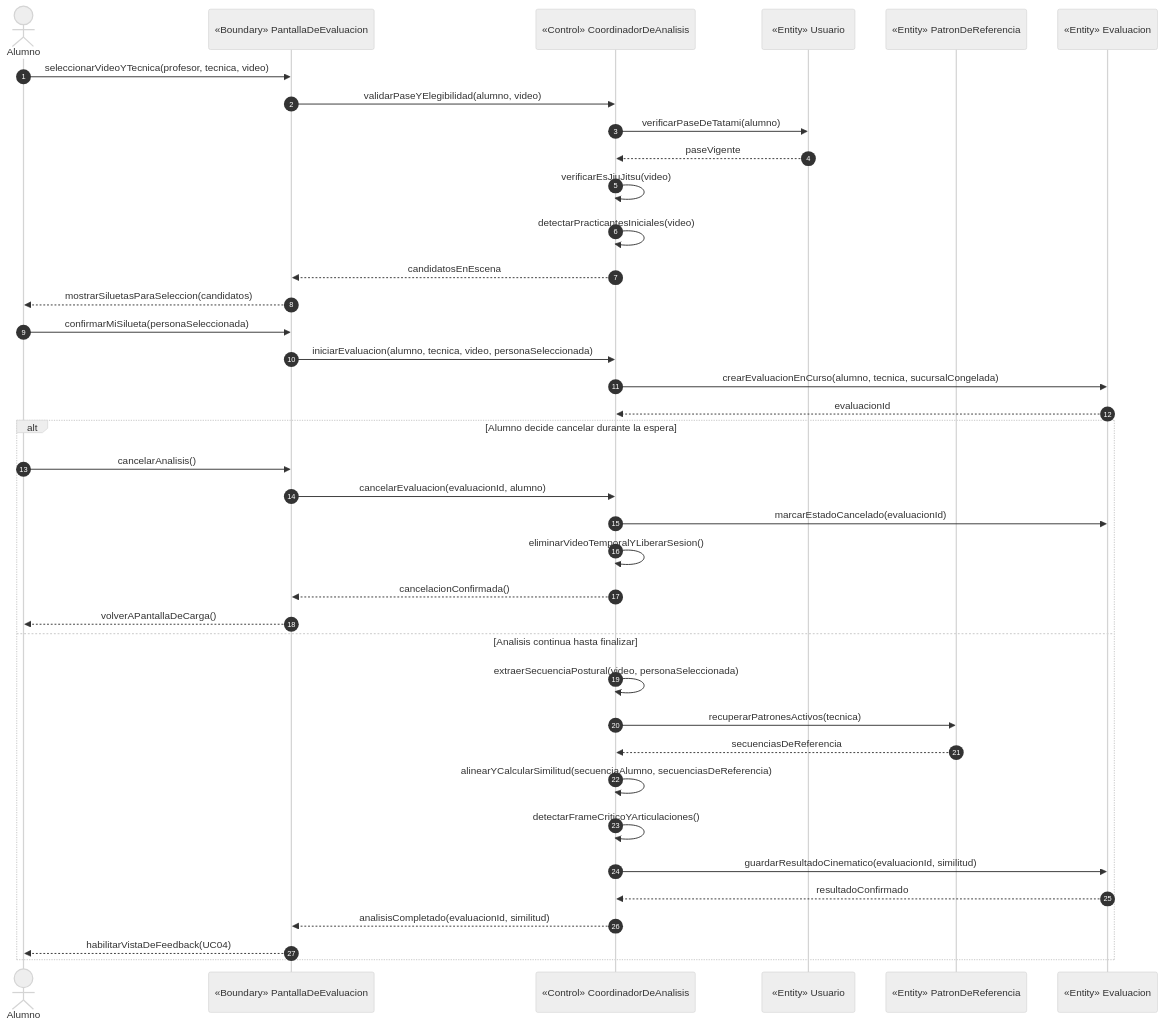
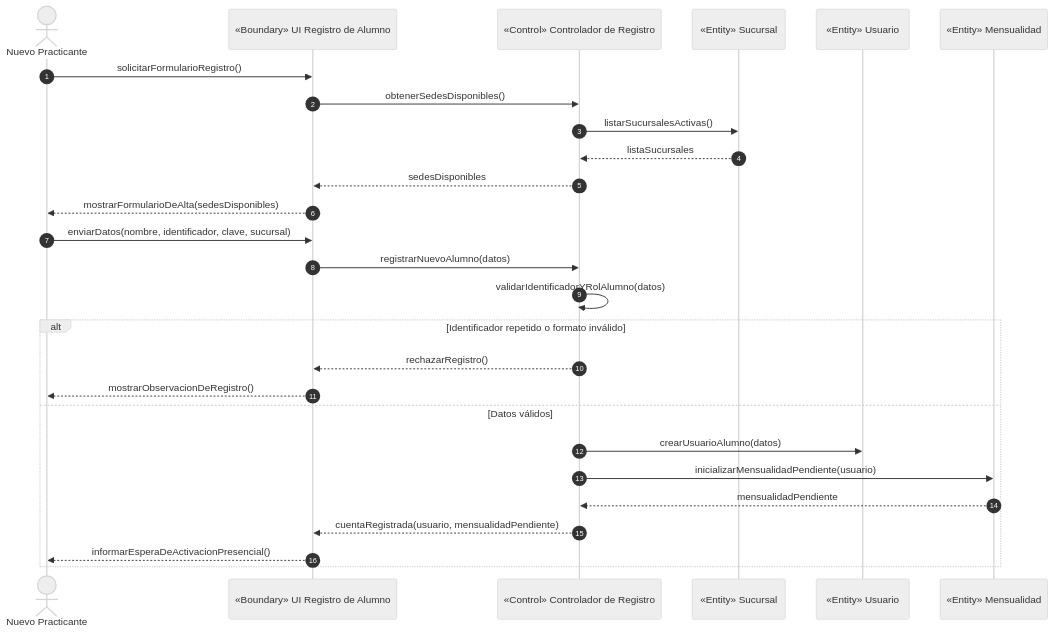
Before and after one commit to Tsmrain/JiuJitsu: the diagram in docs/diagramas/codigo/cu03_secuencia.mmd, drawn with Mermaid (neutral theme). The commit also changed 117 other files, not shown here.

Commit message:
docs: actualizar ProyectoGrado.docx y diagramas UML (Capitulo V y VI)

```diff
--- a/docs/diagramas/codigo/cu03_secuencia.mmd
+++ b/docs/diagramas/codigo/cu03_secuencia.mmd
@@ -1,40 +1,28 @@
 sequenceDiagram
     autonumber
-    actor AL as Alumno
-    participant B1 as «Boundary» PantallaDeEvaluacion
-    participant C1 as «Control» CoordinadorDeAnalisis
-    participant E1 as «Entity» Usuario
-    participant E2 as «Entity» PatronDeReferencia
-    participant E3 as «Entity» Evaluacion
+    actor NP as Nuevo Practicante
+    participant B1 as «Boundary» UI Registro de Alumno
+    participant C1 as «Control» Controlador de Registro
+    participant E1 as «Entity» Sucursal
+    participant E2 as «Entity» Usuario
+    participant E3 as «Entity» Mensualidad
 
-    AL->>B1: seleccionarVideoYTecnica(profesor, tecnica, video)
-    B1->>C1: validarPaseYElegibilidad(alumno, video)
-    C1->>E1: verificarPaseDeTatami(alumno)
-    E1-->>C1: paseVigente
-    C1->>C1: verificarEsJiuJitsu(video)
-    C1->>C1: detectarPracticantesIniciales(video)
-    C1-->>B1: candidatosEnEscena
-    B1-->>AL: mostrarSiluetasParaSeleccion(candidatos)
-    AL->>B1: confirmarMiSilueta(personaSeleccionada)
-    B1->>C1: iniciarEvaluacion(alumno, tecnica, video, personaSeleccionada)
-    C1->>E3: crearEvaluacionEnCurso(alumno, tecnica, sucursalCongelada)
-    E3-->>C1: evaluacionId
-
-    alt Alumno decide cancelar durante la espera
-        AL->>B1: cancelarAnalisis()
-        B1->>C1: cancelarEvaluacion(evaluacionId, alumno)
-        C1->>E3: marcarEstadoCancelado(evaluacionId)
-        C1->>C1: eliminarVideoTemporalYLiberarSesion()
-        C1-->>B1: cancelacionConfirmada()
-        B1-->>AL: volverAPantallaDeCarga()
-    else Analisis continua hasta finalizar
-        C1->>C1: extraerSecuenciaPostural(video, personaSeleccionada)
-        C1->>E2: recuperarPatronesActivos(tecnica)
-        E2-->>C1: secuenciasDeReferencia
-        C1->>C1: alinearYCalcularSimilitud(secuenciaAlumno, secuenciasDeReferencia)
-        C1->>C1: detectarFrameCriticoYArticulaciones()
-        C1->>E3: guardarResultadoCinematico(evaluacionId, similitud)
-        E3-->>C1: resultadoConfirmado
-        C1-->>B1: analisisCompletado(evaluacionId, similitud)
-        B1-->>AL: habilitarVistaDeFeedback(UC04)
+    NP->>B1: solicitarFormularioRegistro()
+    B1->>C1: obtenerSedesDisponibles()
+    C1->>E1: listarSucursalesActivas()
+    E1-->>C1: listaSucursales
+    C1-->>B1: sedesDisponibles
+    B1-->>NP: mostrarFormularioDeAlta(sedesDisponibles)
+    NP->>B1: enviarDatos(nombre, identificador, clave, sucursal)
+    B1->>C1: registrarNuevoAlumno(datos)
+    C1->>C1: validarIdentificadorYRolAlumno(datos)
+    alt Identificador repetido o formato inválido
+        C1-->>B1: rechazarRegistro()
+        B1-->>NP: mostrarObservacionDeRegistro()
+    else Datos válidos
+        C1->>E2: crearUsuarioAlumno(datos)
+        C1->>E3: inicializarMensualidadPendiente(usuario)
+        E3-->>C1: mensualidadPendiente
+        C1-->>B1: cuentaRegistrada(usuario, mensualidadPendiente)
+        B1-->>NP: informarEsperaDeActivacionPresencial()
     end
```
